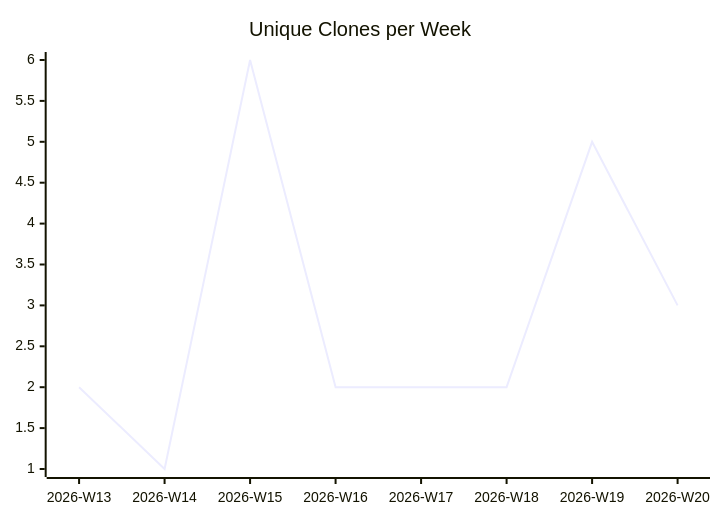
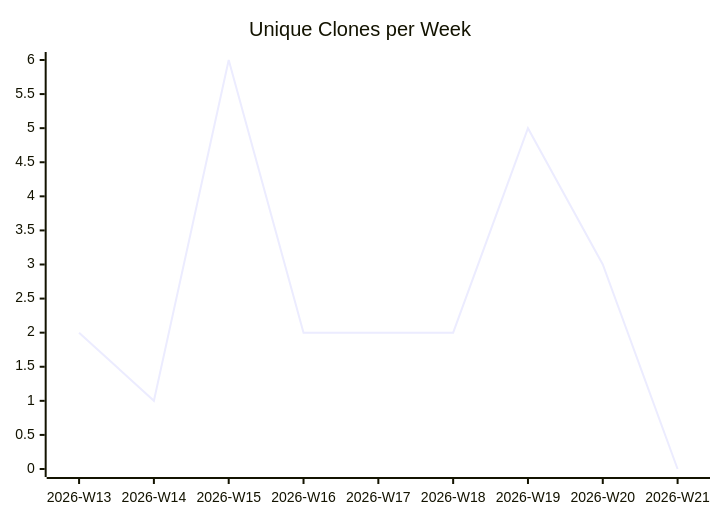
The third of 3 diagrams in karlmdavis/m2e-core/README.md (justdavis-family/github-analytics-data), drawn with Mermaid before and after one commit. The commit also changed other lines of this file and 189 other files, not shown here.

````diff
--- a/karlmdavis/m2e-core/README.md
+++ b/karlmdavis/m2e-core/README.md
@@ -19,6 +19,6 @@
 ```mermaid
 xychart-beta
   title "Unique Clones per Week"
-  x-axis ["2026-W13", "2026-W14", "2026-W15", "2026-W16", "2026-W17", "2026-W18", "2026-W19", "2026-W20"]
-  line [2, 1, 6, 2, 2, 2, 5, 3]
+  x-axis ["2026-W13", "2026-W14", "2026-W15", "2026-W16", "2026-W17", "2026-W18", "2026-W19", "2026-W20", "2026-W21"]
+  line [2, 1, 6, 2, 2, 2, 5, 3, 0]
 ```
````
